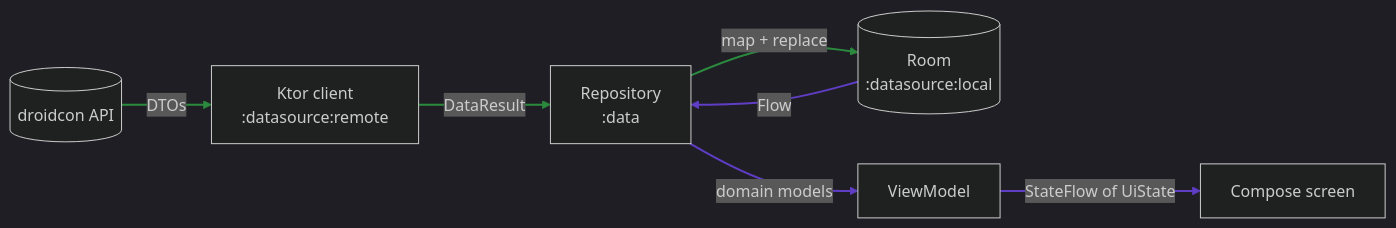
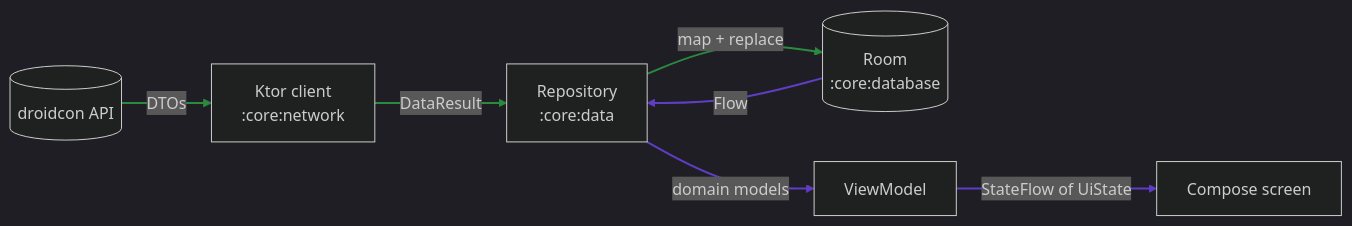
One commit to droidconKE/droidconKeKotlin changed the second of 3 diagrams in docs/architecture.md. Above: the diagram before and after it, drawn with Mermaid (dark theme). The commit also changed other lines of this file and 294 other files, not shown here.

````diff
--- a/docs/architecture.md
+++ b/docs/architecture.md
@@ -92,19 +110,19 @@
 ```mermaid
 flowchart LR
     API[("droidcon API")]
-    Ktor["Ktor client<br/>:datasource:remote"]
-    Repo["Repository<br/>:data"]
-    Room[("Room<br/>:datasource:local")]
+    Ktor["Ktor client<br/>:core:network"]
+    Repo["Repository<br/>:core:data"]
+    Room[("Room<br/>:core:database")]
     VM["ViewModel"]
     UI["Compose screen"]
 
     API -->|"DTOs"| Ktor
     Ktor -->|"DataResult"| Repo
     Repo -->|"map + replace"| Room
     Room -->|"Flow"| Repo
     Repo -->|"domain models"| VM
     VM -->|"StateFlow of UiState"| UI
 
     linkStyle 0,1,2 stroke:#2b8a3e,stroke-width:2px
     linkStyle 3,4,5 stroke:#5f3dc4,stroke-width:2px
 ```
````
